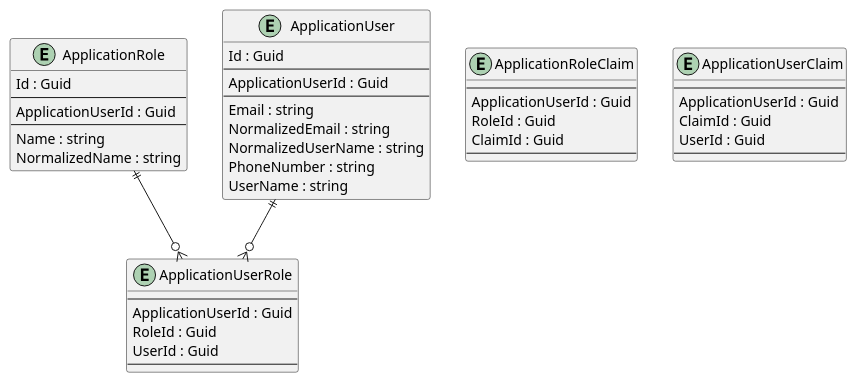
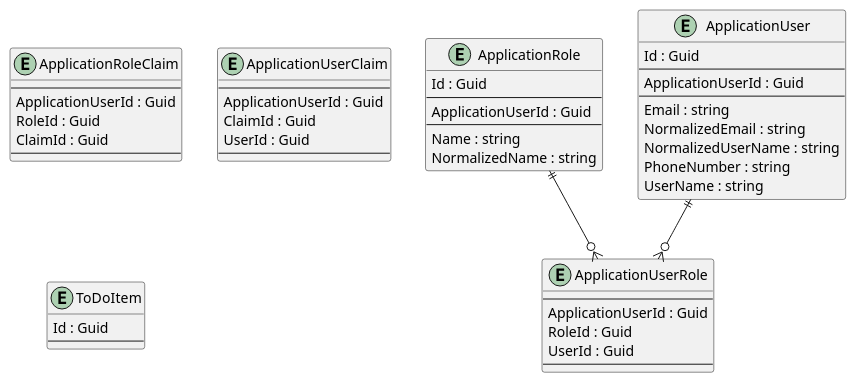
Before and after one commit to intrepion/intrepion_to-do_web_blazor: the diagram in .docs/Intrepion.ToDo.pu, drawn with PlantUML.

```diff
--- a/.docs/Intrepion.ToDo.pu
+++ b/.docs/Intrepion.ToDo.pu
@@ -1,55 +1,62 @@
 @startuml
 
 entity ApplicationRole {
     Id : Guid
     --
     ApplicationUserId : Guid
     --
     Name : string
     NormalizedName : string
 }
 
 entity ApplicationRoleClaim {
     --
     ApplicationUserId : Guid
     RoleId : Guid
     ClaimId : Guid
     --
 }
 
 entity ApplicationUser {
     Id : Guid
     --
     ApplicationUserId : Guid
     --
     Email : string
     NormalizedEmail : string
     NormalizedUserName : string
     PhoneNumber : string
     UserName : string
 }
 
 entity ApplicationUserClaim {
     --
     ApplicationUserId : Guid
     ClaimId : Guid
     UserId : Guid
     --
 }
 
 entity ApplicationUserRole {
     --
     ApplicationUserId : Guid
     RoleId : Guid
     UserId : Guid
     --
 }
 
+entity ToDoItem {
+    Id : Guid
+    --
+    ' IdCodePlaceholder--
+    ' PropertyCodePlaceholder
+}
+
 ' EntityCodePlaceholder
 
 ApplicationRole ||--o{ ApplicationUserRole
 ApplicationUser ||--o{ ApplicationUserRole
 
 ' RelationshipCodePlaceholder
 
 @enduml
```
